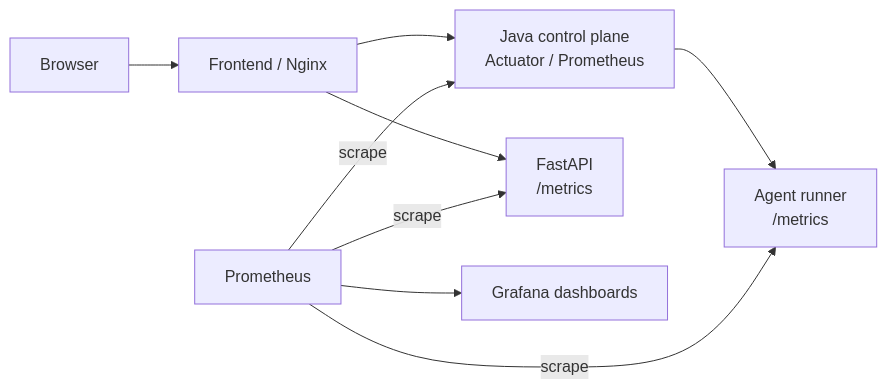
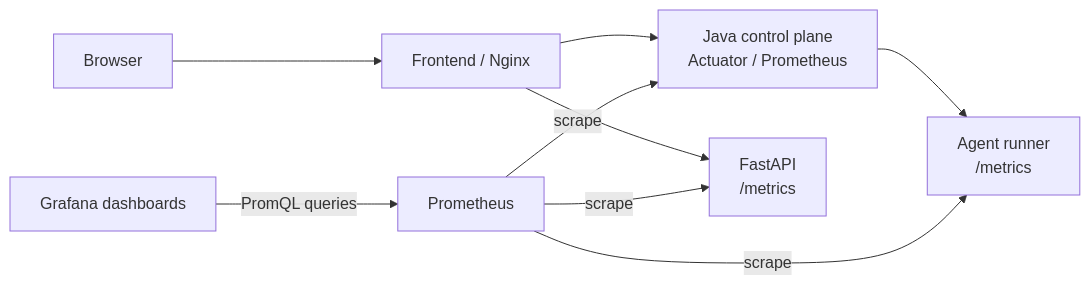
The diagram in docs/architecture/ARD-0021-local-observability-grafana.md (khab40/aimada), drawn with Mermaid before and after one commit. The commit also changed other lines of this file and 7 other files, not shown here.

````diff
--- a/docs/architecture/ARD-0021-local-observability-grafana.md
+++ b/docs/architecture/ARD-0021-local-observability-grafana.md
@@ -24,19 +28,19 @@
 ```mermaid
 flowchart LR
     Browser["Browser"]
     Frontend["Frontend / Nginx"]
     Java["Java control plane\nActuator / Prometheus"]
     Backend["FastAPI\n/metrics"]
     Runner["Agent runner\n/metrics"]
     Prom["Prometheus"]
     Grafana["Grafana dashboards"]
 
     Browser --> Frontend
     Frontend --> Java
     Frontend --> Backend
     Java --> Runner
     Prom -->|"scrape"| Java
     Prom -->|"scrape"| Backend
     Prom -->|"scrape"| Runner
-    Prom --> Grafana
+    Grafana -->|"PromQL queries"| Prom
 ```
````
